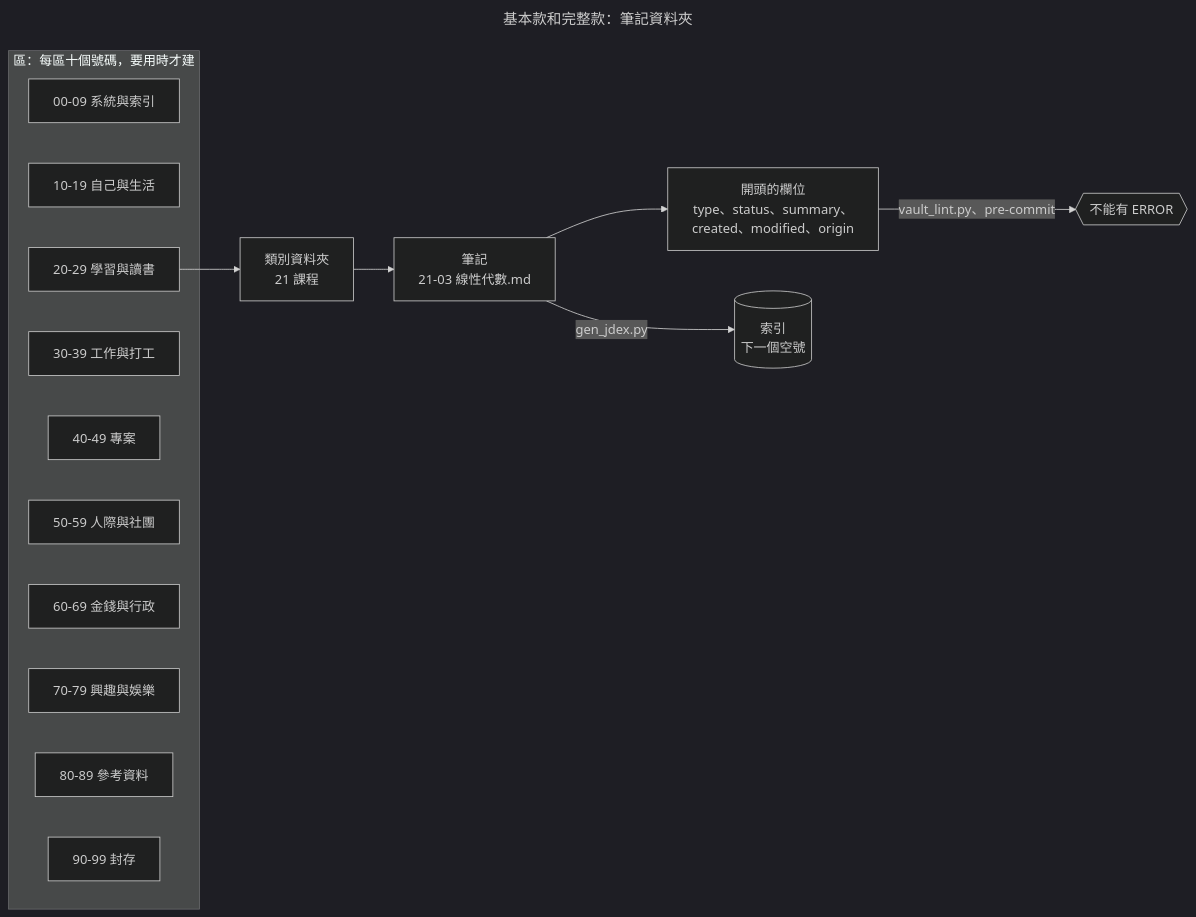
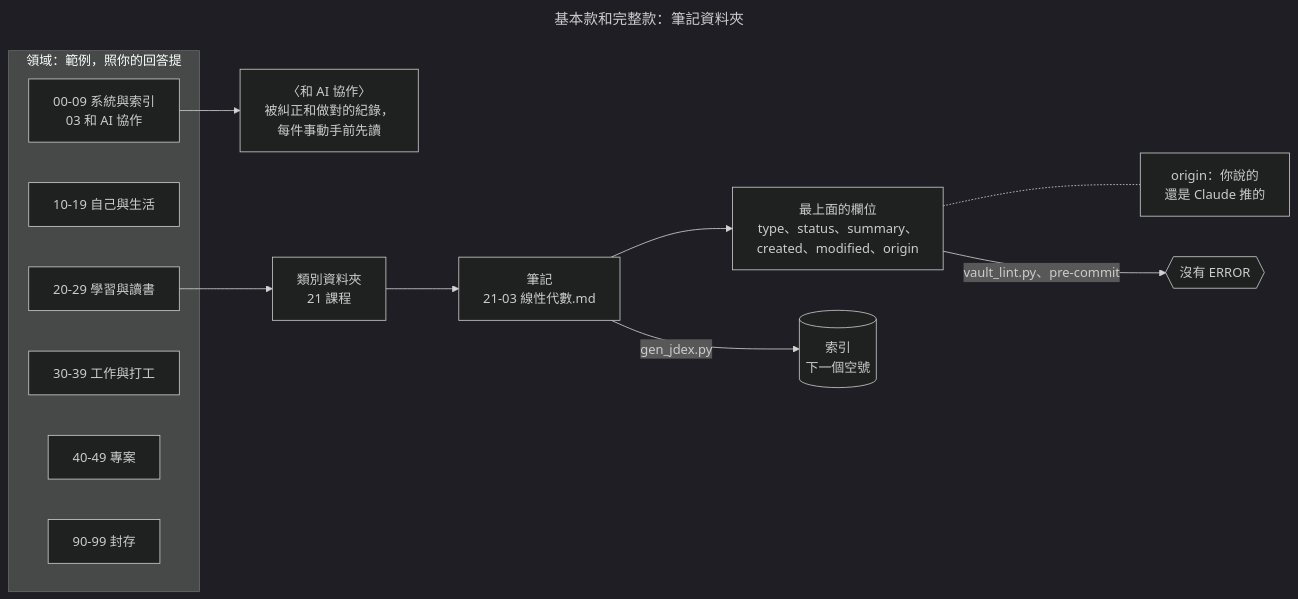
The fifth of 6 diagrams in docs/zh-TW/進階功能.md (0Smallcat0/second-brain-kit), drawn with Mermaid (dark theme) before and after one commit. The commit also changed other lines of this file and 61 other files, not shown here.

````diff
--- a/docs/zh-TW/進階功能.md
+++ b/docs/zh-TW/進階功能.md
@@ -205,23 +223,21 @@
 ```mermaid
 ---
 title: "基本款和完整款：筆記資料夾"
 ---
 flowchart LR
-  subgraph Areas["區：每區十個號碼，要用時才建"]
-    A0["00-09 系統與索引"]
+  subgraph Areas["領域：範例，照你的回答提"]
+    A0["00-09 系統與索引<br/>03 和 AI 協作"]
     A1["10-19 自己與生活"]
     A2["20-29 學習與讀書"]
     A3["30-39 工作與打工"]
     A4["40-49 專案"]
-    A5["50-59 人際與社團"]
-    A6["60-69 金錢與行政"]
-    A7["70-79 興趣與娛樂"]
-    A8["80-89 參考資料"]
     A9["90-99 封存"]
   end
+  A0 --> LN["〈和 AI 協作〉<br/>被糾正和做對的紀錄，<br/>每件事動手前先讀"]
   A2 --> C["類別資料夾<br/>21 課程"]
   C --> N["筆記<br/>21-03 線性代數.md"]
-  N --> F["開頭的欄位<br/>type、status、summary、<br/>created、modified、origin"]
+  N --> F["最上面的欄位<br/>type、status、summary、<br/>created、modified、origin"]
+  F -.- O["origin：你說的<br/>還是 Claude 推的"]
   N -->|gen_jdex.py| J[("索引<br/>下一個空號")]
-  F -->|vault_lint.py、pre-commit| L{{"不能有 ERROR"}}
+  F -->|vault_lint.py、pre-commit| L{{"沒有 ERROR"}}
 ```
````
